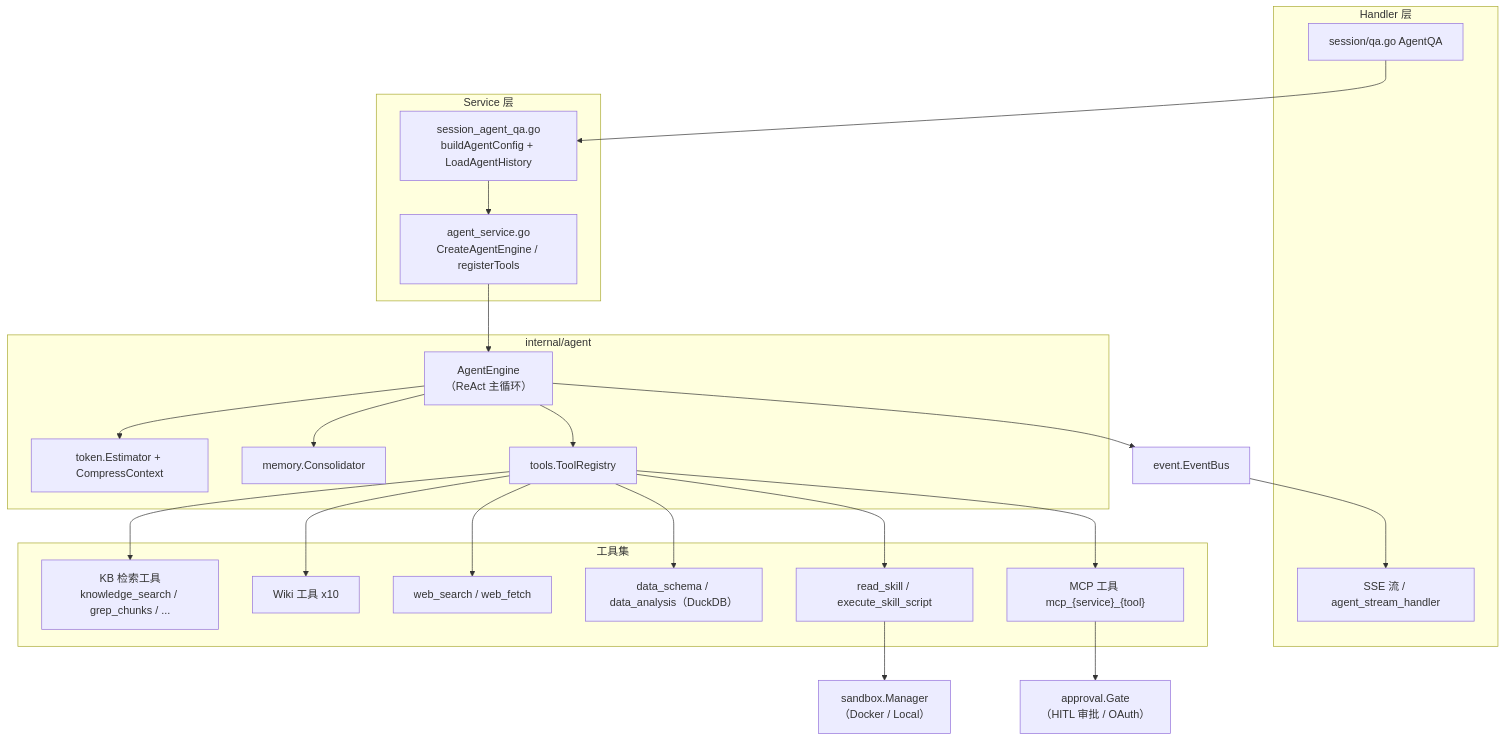
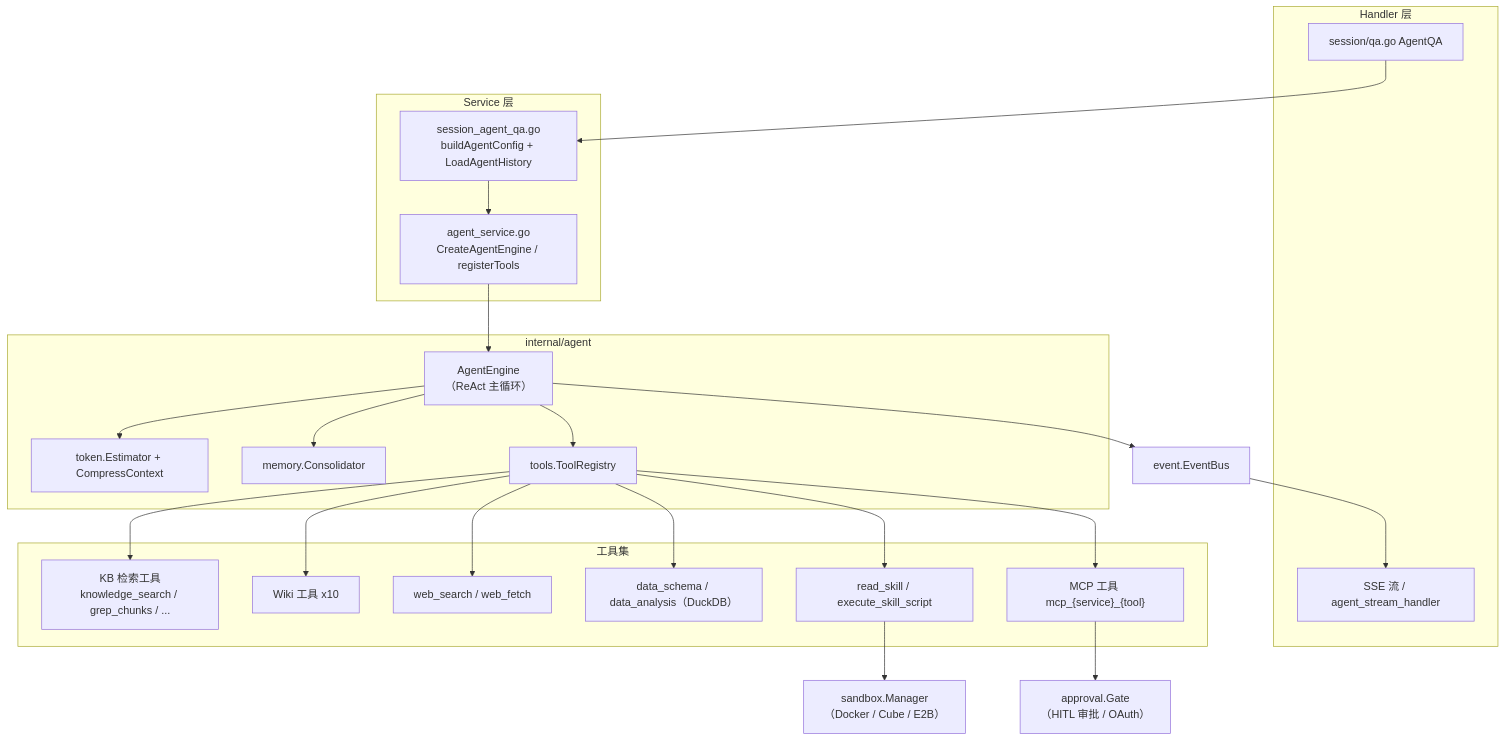
The first of 3 diagrams in website-docs/03-features/07-agent.md (Tencent/WeKnora), drawn with Mermaid before and after one commit. The commit also changed other lines of this file and 56 other files, not shown here.

First line of the commit message:
feat(sandbox): remove the Local host-process backend

````diff
--- a/website-docs/03-features/07-agent.md
+++ b/website-docs/03-features/07-agent.md
@@ -79,42 +79,42 @@
 ```mermaid
 flowchart TB
     subgraph HandlerLayer["Handler 层"]
         H1["session/qa.go AgentQA"]
         SSE["SSE 流 / agent_stream_handler"]
     end
     subgraph ServiceLayer["Service 层"]
         SQA["session_agent_qa.go<br/>buildAgentConfig + LoadAgentHistory"]
         AS["agent_service.go<br/>CreateAgentEngine / registerTools"]
     end
     subgraph EngineLayer["internal/agent"]
         ENG["AgentEngine<br/>（ReAct 主循环）"]
         TOK["token.Estimator + CompressContext"]
         MEM["memory.Consolidator"]
         REG["tools.ToolRegistry"]
     end
     subgraph Tools["工具集"]
         KB["KB 检索工具<br/>knowledge_search / grep_chunks / ..."]
         WIKI["Wiki 工具 x10"]
         WEB["web_search / web_fetch"]
         DATA["data_schema / data_analysis（DuckDB）"]
         SKILL["read_skill / execute_skill_script"]
         MCP["MCP 工具 mcp_{service}_{tool}"]
     end
     GATE["approval.Gate<br/>（HITL 审批 / OAuth）"]
-    SBX["sandbox.Manager<br/>（Docker / Local）"]
+    SBX["sandbox.Manager<br/>（Docker / Cube / E2B）"]
     EB["event.EventBus"]
 
     H1 --> SQA --> AS --> ENG
     ENG --> TOK
     ENG --> MEM
     ENG --> REG
     REG --> KB
     REG --> WIKI
     REG --> WEB
     REG --> DATA
     REG --> SKILL
     REG --> MCP
     MCP --> GATE
     SKILL --> SBX
     ENG --> EB --> SSE
 ```
````
